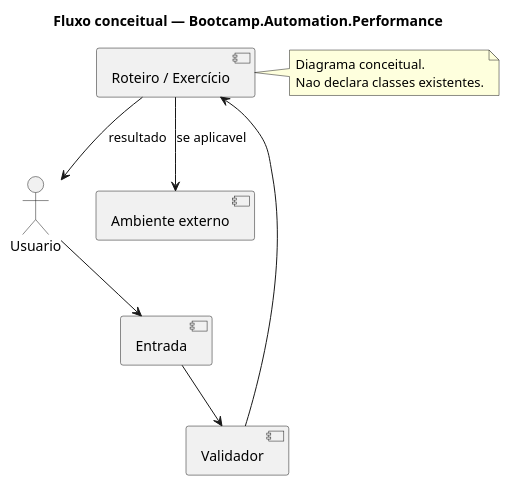
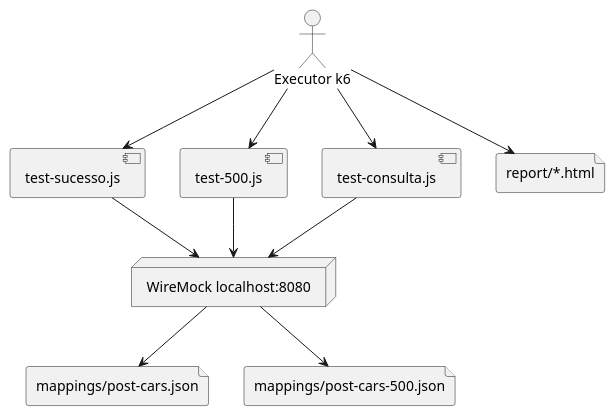
Before and after one commit to DanieldeAlmeida2024/Bootcamp.Automation.Performance: the diagram in docs/UML.puml, drawn with PlantUML. The commit also changed 10 other files, not shown here.

Commit message:
docs: especificacao detalhada, UML, testes e versionamento proprio

```diff
--- a/docs/UML.puml
+++ b/docs/UML.puml
@@ -1,17 +1,19 @@
 @startuml
-title Fluxo conceitual — Bootcamp.Automation.Performance
-actor Usuario
-component "Entrada" as Entrada
-component "Validador" as Validador
-component "Roteiro / Exercício" as Roteiro
-component "Ambiente externo" as Externo
-Usuario --> Entrada
-Entrada --> Validador
-Validador --> Roteiro
-Roteiro --> Externo : se aplicavel
-Roteiro --> Usuario : resultado
-note right of Roteiro
-Diagrama conceitual.
-Nao declara classes existentes.
-end note
+actor "Executor k6" as Runner
+component "test-sucesso.js" as Ok
+component "test-500.js" as Err
+component "test-consulta.js" as Get
+node "WireMock localhost:8080" as W
+file "mappings/post-cars.json" as S
+file "mappings/post-cars-500.json" as E
+file "report/*.html" as Html
+Runner --> Ok
+Runner --> Err
+Runner --> Get
+Ok --> W
+Err --> W
+Get --> W
+W --> S
+W --> E
+Runner --> Html
 @enduml
```
